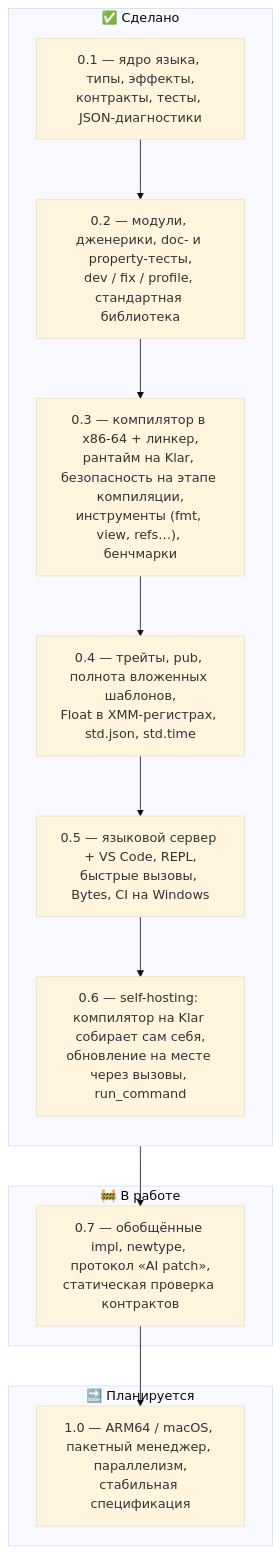
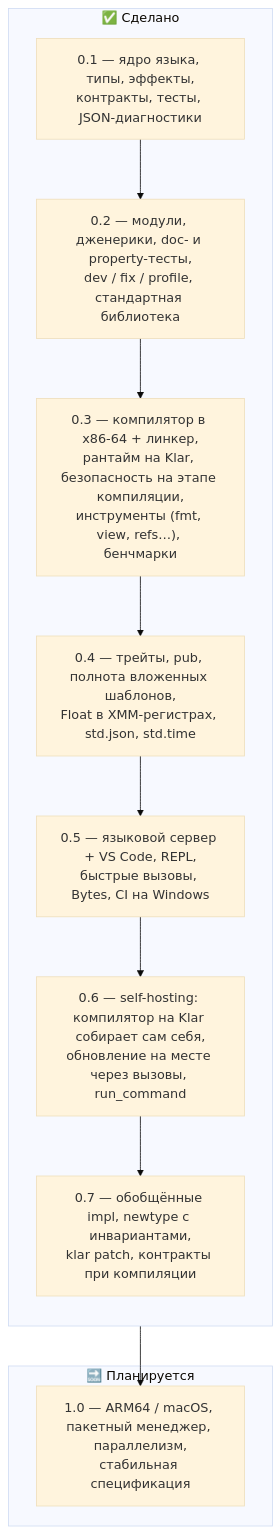
The second of 2 diagrams in README.ru.md (veosett/Klar), drawn with Mermaid (base theme) before and after one commit. The commit also changed other lines of this file and 8 other files, not shown here.

````diff
--- a/README.ru.md
+++ b/README.ru.md
@@ -148,20 +148,18 @@
 ```mermaid
 flowchart TB
     subgraph done["✅ Сделано"]
         direction TB
         v01["0.1 — ядро языка, типы, эффекты,<br/>контракты, тесты, JSON-диагностики"]
         v02["0.2 — модули, дженерики, doc- и property-тесты,<br/>dev / fix / profile, стандартная библиотека"]
         v03["0.3 — компилятор в x86-64 + линкер,<br/>рантайм на Klar, безопасность на этапе компиляции,<br/>инструменты (fmt, view, refs…), бенчмарки"]
         v04["0.4 — трейты, pub, полнота вложенных шаблонов,<br/>Float в XMM-регистрах, std.json, std.time"]
         v05["0.5 — языковой сервер + VS Code, REPL,<br/>быстрые вызовы, Bytes, CI на Windows"]
         v06["0.6 — self-hosting: компилятор на Klar собирает сам себя,<br/>обновление на месте через вызовы, run_command"]
-        v01 --> v02 --> v03 --> v04 --> v05 --> v06
-    end
-    subgraph now["🚧 В работе"]
-        v07["0.7 — обобщённые impl, newtype, протокол «AI patch»,<br/>статическая проверка контрактов"]
+        v07["0.7 — обобщённые impl, newtype с инвариантами,<br/>klar patch, контракты при компиляции"]
+        v01 --> v02 --> v03 --> v04 --> v05 --> v06 --> v07
     end
     subgraph next["🔜 Планируется"]
         v10["1.0 — ARM64 / macOS, пакетный менеджер, параллелизм,<br/>стабильная спецификация"]
     end
-    v06 --> v07 --> v10
+    v07 --> v10
 ```
````
